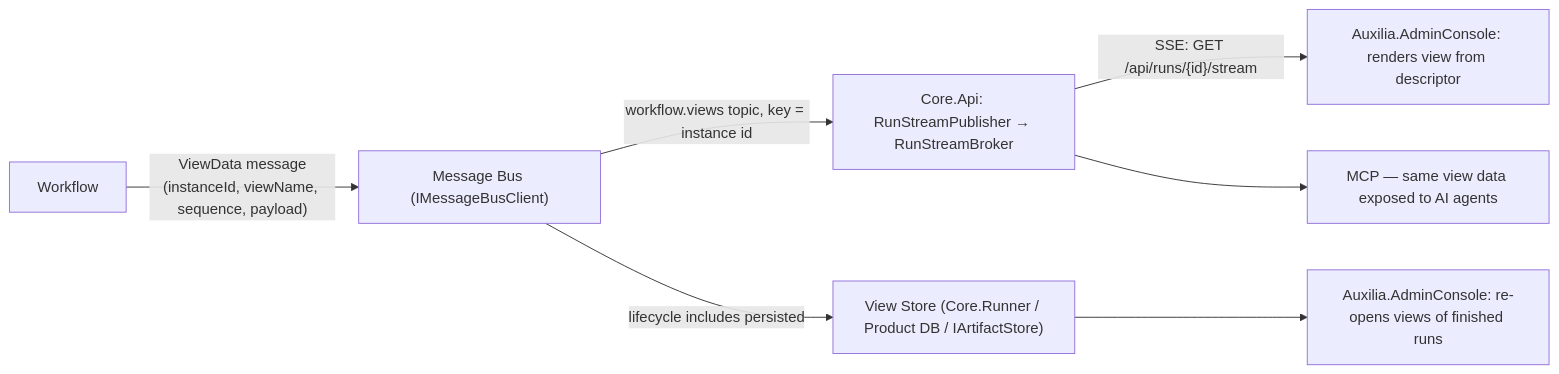
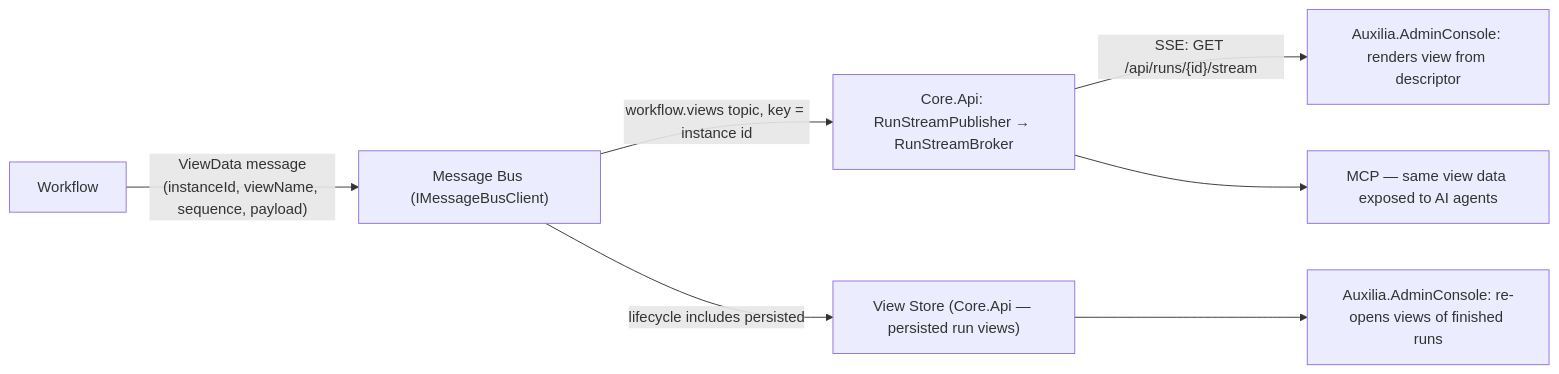
Diagram 13 of 14 in docs/ARCHITECTURE.md (FelixKlakow/Auxilia), drawn with Mermaid before and after one commit. The commit also changed other lines of this file and 10 other files, not shown here.

````diff
--- a/docs/ARCHITECTURE.md
+++ b/docs/ARCHITECTURE.md
@@ -1053,9 +1072,9 @@
 ```mermaid
 graph LR
     WF["Workflow"] -->|"ViewData message<br/>(instanceId, viewName, sequence, payload)"| BUS["Message Bus (IMessageBusClient)"]
     BUS -->|"workflow.views topic, key = instance id"| API["Core.Api: RunStreamPublisher → RunStreamBroker"]
     API -->|"SSE: GET /api/runs/{id}/stream"| FE["Auxilia.AdminConsole: renders view from descriptor"]
-    BUS -->|"lifecycle includes persisted"| STORE["View Store (Core.Runner / Product DB / IArtifactStore)"]
+    BUS -->|"lifecycle includes persisted"| STORE["View Store (Core.Api — persisted run views)"]
     STORE --> FE2["Auxilia.AdminConsole: re-opens views of finished runs"]
     API --> MCP["MCP — same view data exposed to AI agents"]
 ```
````
